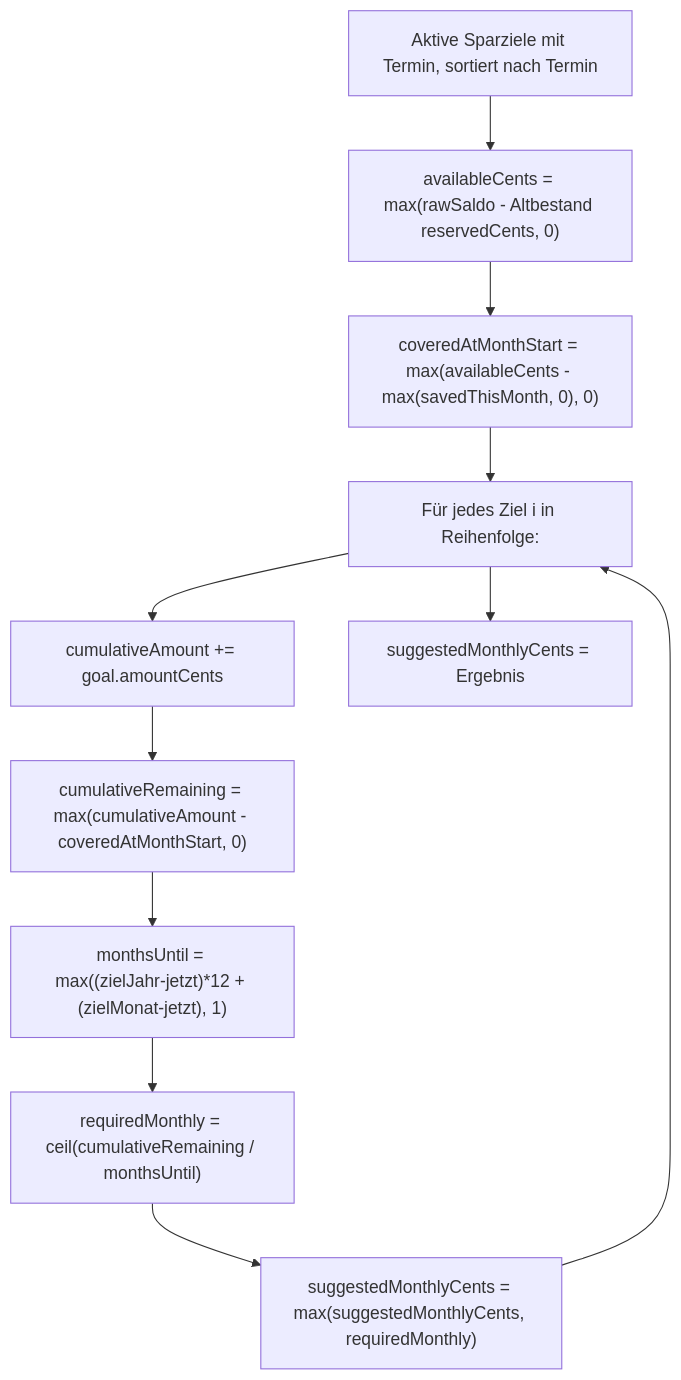
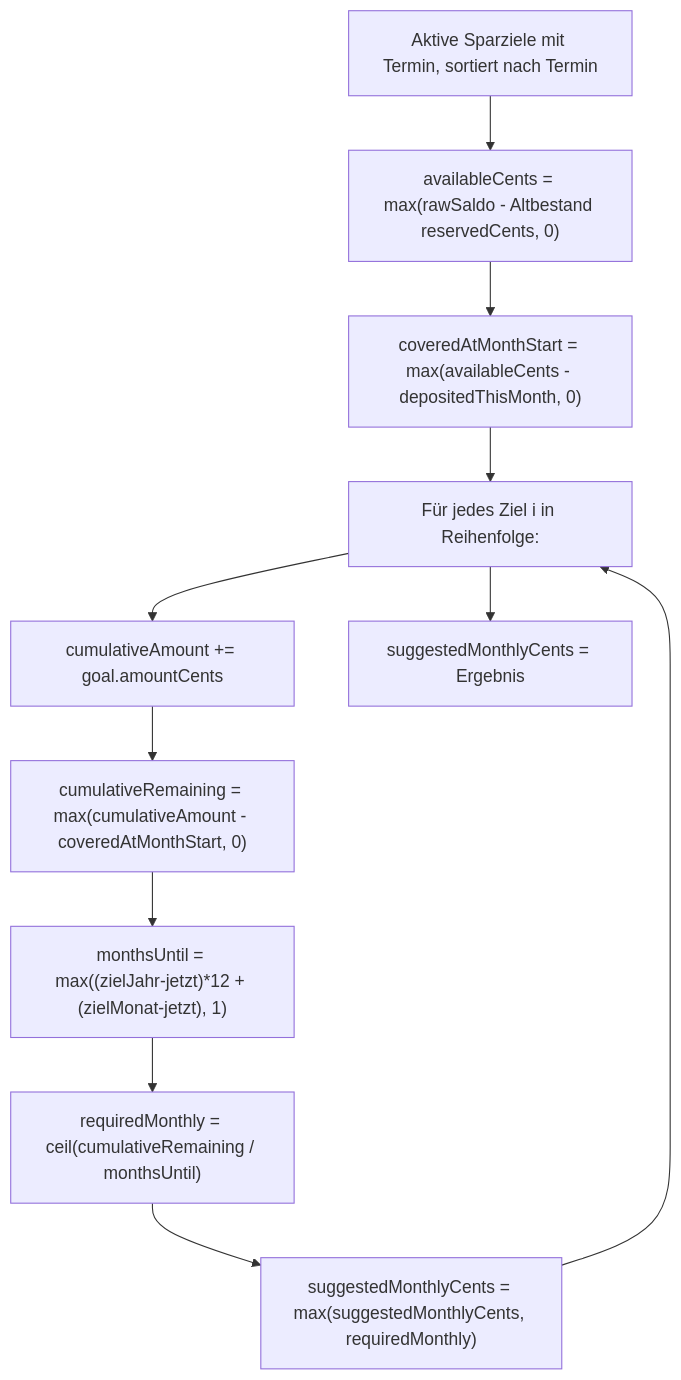
Before and after one commit to konradthiemann/Doewe: the diagram in docs/calculations/07-sparziele.md, drawn with Mermaid. The commit also changed other lines of this file and 19 other files, not shown here.

````diff
--- a/docs/calculations/07-sparziele.md
+++ b/docs/calculations/07-sparziele.md
@@ -162,13 +169,13 @@
 ```mermaid
 flowchart TD
     A["Aktive Sparziele mit Termin, sortiert nach Termin"] --> B
     B["availableCents = max(rawSaldo - Altbestand reservedCents, 0)"] --> C
-    C["coveredAtMonthStart = max(availableCents - max(savedThisMonth, 0), 0)"] --> LOOP
+    C["coveredAtMonthStart = max(availableCents - depositedThisMonth, 0)"] --> LOOP
     LOOP["Für jedes Ziel i in Reihenfolge:"] --> CUM["cumulativeAmount += goal.amountCents"]
     CUM --> REM["cumulativeRemaining = max(cumulativeAmount - coveredAtMonthStart, 0)"]
     REM --> MONTHS["monthsUntil = max((zielJahr-jetzt)*12 + (zielMonat-jetzt), 1)"]
     MONTHS --> REQ["requiredMonthly = ceil(cumulativeRemaining / monthsUntil)"]
     REQ --> MAX["suggestedMonthlyCents = max(suggestedMonthlyCents, requiredMonthly)"]
     MAX --> LOOP
     LOOP --> DONE["suggestedMonthlyCents = Ergebnis"]
 ```
````
